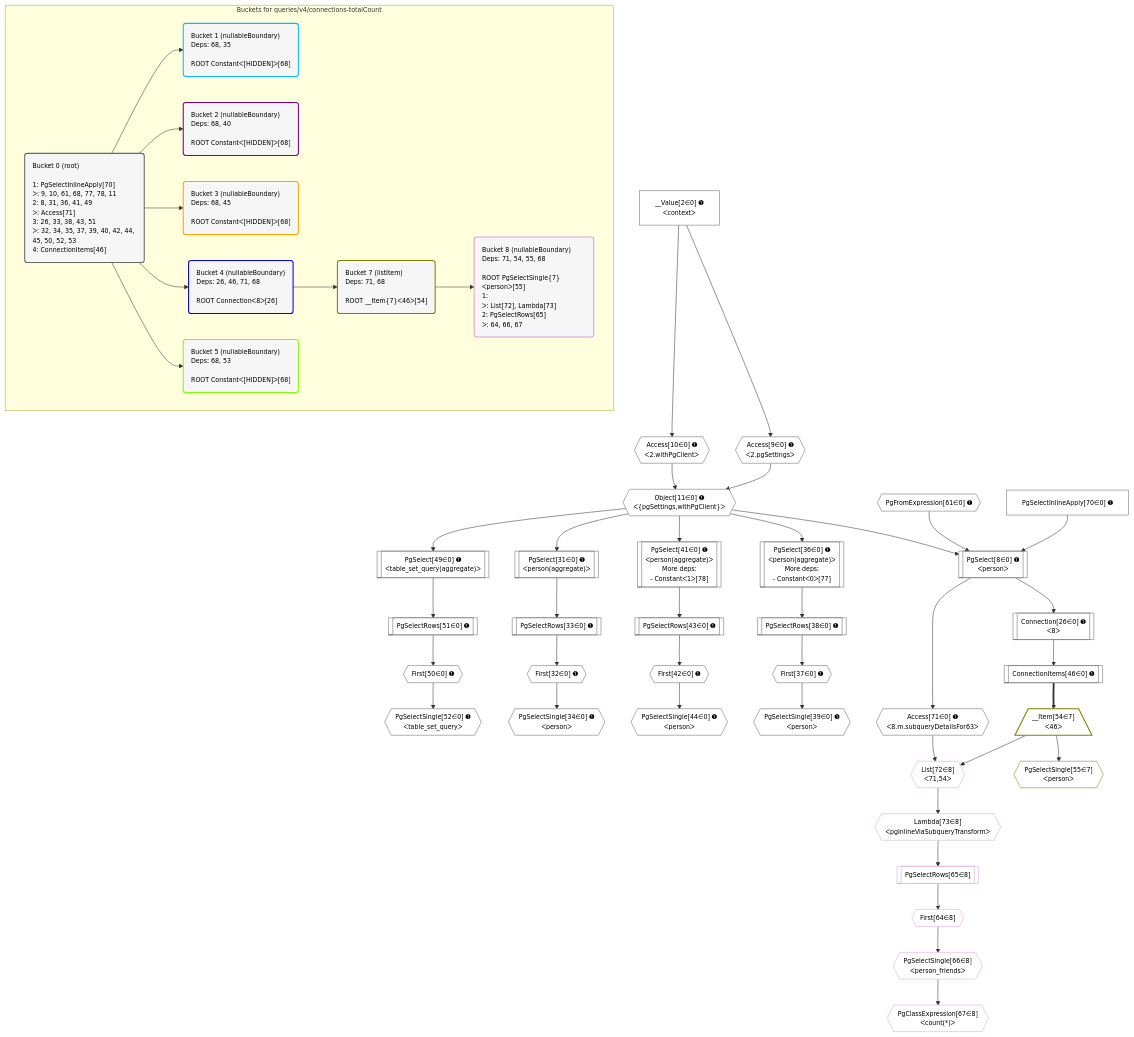
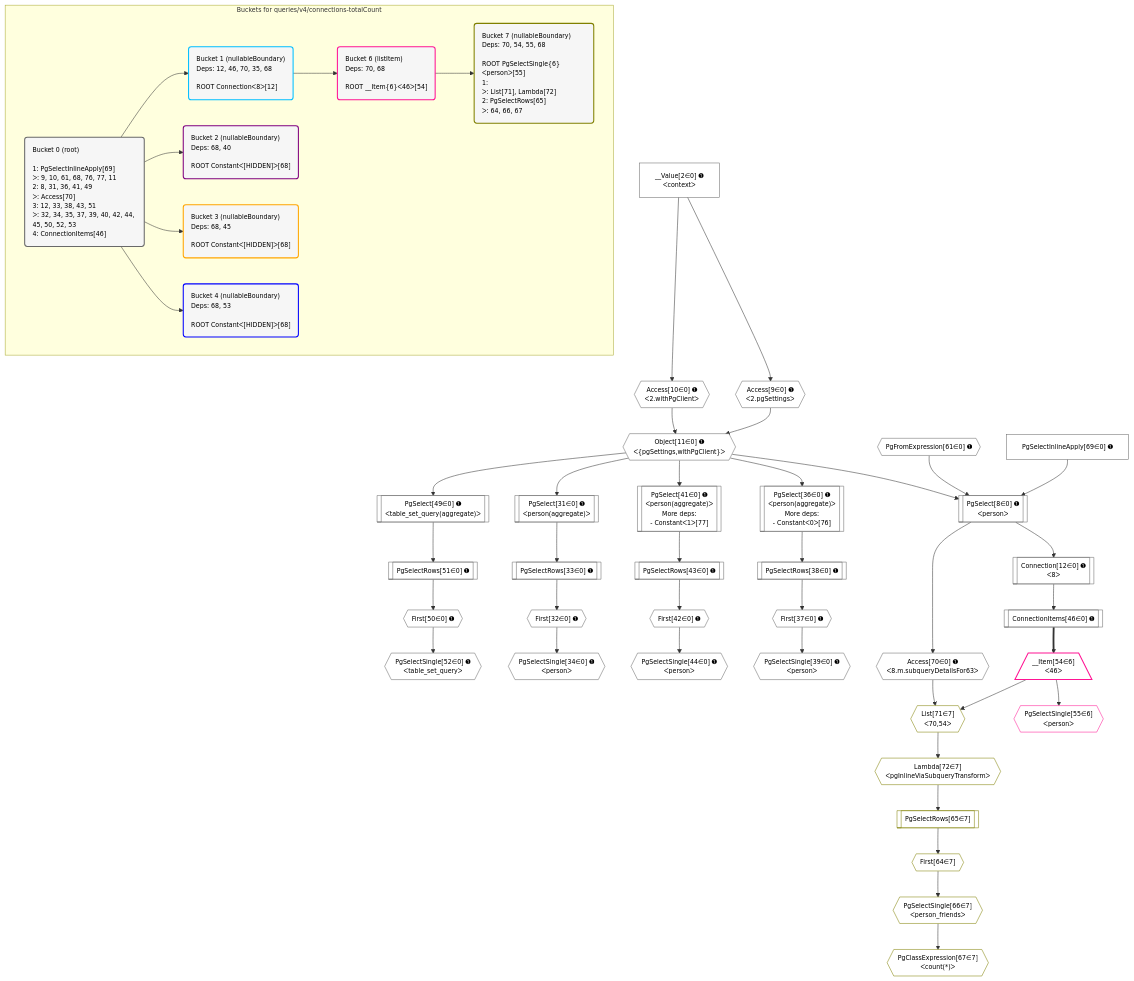
One commit to graphile/crystal changed the diagram in postgraphile/postgraphile/__tests__/queries/v4/connections-totalCount.mermaid. Above: the diagram before and after it, drawn with Mermaid. The commit also changed 6 other files, not shown here.

```diff
--- a/postgraphile/postgraphile/__tests__/queries/v4/connections-totalCount.mermaid
+++ b/postgraphile/postgraphile/__tests__/queries/v4/connections-totalCount.mermaid
@@ -1,107 +1,104 @@
 %%{init: {'themeVariables': { 'fontSize': '12px'}}}%%
 graph TD
     classDef path fill:#eee,stroke:#000,color:#000
     classDef plan fill:#fff,stroke-width:1px,color:#000
     classDef itemplan fill:#fff,stroke-width:2px,color:#000
     classDef unbatchedplan fill:#dff,stroke-width:1px,color:#000
     classDef sideeffectplan fill:#fcc,stroke-width:2px,color:#000
     classDef bucket fill:#f6f6f6,color:#000,stroke-width:2px,text-align:left
 
     subgraph "Buckets for queries/v4/connections-totalCount"
-    Bucket0("Bucket 0 (root)<br /><br />1: PgSelectInlineApply[70]<br />ᐳ: 9, 10, 61, 68, 77, 78, 11<br />2: 8, 31, 36, 41, 49<br />ᐳ: Access[71]<br />3: 26, 33, 38, 43, 51<br />ᐳ: 32, 34, 35, 37, 39, 40, 42, 44, 45, 50, 52, 53<br />4: ConnectionItems[46]"):::bucket
-    Bucket1("Bucket 1 (nullableBoundary)<br />Deps: 68, 35<br /><br />ROOT Constantᐸ[HIDDEN]ᐳ[68]"):::bucket
+    Bucket0("Bucket 0 (root)<br /><br />1: PgSelectInlineApply[69]<br />ᐳ: 9, 10, 61, 68, 76, 77, 11<br />2: 8, 31, 36, 41, 49<br />ᐳ: Access[70]<br />3: 12, 33, 38, 43, 51<br />ᐳ: 32, 34, 35, 37, 39, 40, 42, 44, 45, 50, 52, 53<br />4: ConnectionItems[46]"):::bucket
+    Bucket1("Bucket 1 (nullableBoundary)<br />Deps: 12, 46, 70, 35, 68<br /><br />ROOT Connectionᐸ8ᐳ[12]"):::bucket
     Bucket2("Bucket 2 (nullableBoundary)<br />Deps: 68, 40<br /><br />ROOT Constantᐸ[HIDDEN]ᐳ[68]"):::bucket
     Bucket3("Bucket 3 (nullableBoundary)<br />Deps: 68, 45<br /><br />ROOT Constantᐸ[HIDDEN]ᐳ[68]"):::bucket
-    Bucket4("Bucket 4 (nullableBoundary)<br />Deps: 26, 46, 71, 68<br /><br />ROOT Connectionᐸ8ᐳ[26]"):::bucket
-    Bucket5("Bucket 5 (nullableBoundary)<br />Deps: 68, 53<br /><br />ROOT Constantᐸ[HIDDEN]ᐳ[68]"):::bucket
-    Bucket7("Bucket 7 (listItem)<br />Deps: 71, 68<br /><br />ROOT __Item{7}ᐸ46ᐳ[54]"):::bucket
-    Bucket8("Bucket 8 (nullableBoundary)<br />Deps: 71, 54, 55, 68<br /><br />ROOT PgSelectSingle{7}ᐸpersonᐳ[55]<br />1: <br />ᐳ: List[72], Lambda[73]<br />2: PgSelectRows[65]<br />ᐳ: 64, 66, 67"):::bucket
+    Bucket4("Bucket 4 (nullableBoundary)<br />Deps: 68, 53<br /><br />ROOT Constantᐸ[HIDDEN]ᐳ[68]"):::bucket
+    Bucket6("Bucket 6 (listItem)<br />Deps: 70, 68<br /><br />ROOT __Item{6}ᐸ46ᐳ[54]"):::bucket
+    Bucket7("Bucket 7 (nullableBoundary)<br />Deps: 70, 54, 55, 68<br /><br />ROOT PgSelectSingle{6}ᐸpersonᐳ[55]<br />1: <br />ᐳ: List[71], Lambda[72]<br />2: PgSelectRows[65]<br />ᐳ: 64, 66, 67"):::bucket
     end
-    Bucket0 --> Bucket1 & Bucket2 & Bucket3 & Bucket4 & Bucket5
-    Bucket4 --> Bucket7
-    Bucket7 --> Bucket8
+    Bucket0 --> Bucket1 & Bucket2 & Bucket3 & Bucket4
+    Bucket1 --> Bucket6
+    Bucket6 --> Bucket7
 
     %% plan dependencies
     PgSelect8[["PgSelect[8∈0] ➊<br />ᐸpersonᐳ"]]:::plan
     Object11{{"Object[11∈0] ➊<br />ᐸ{pgSettings,withPgClient}ᐳ"}}:::plan
     PgFromExpression61{{"PgFromExpression[61∈0] ➊"}}:::plan
-    PgSelectInlineApply70["PgSelectInlineApply[70∈0] ➊"]:::plan
-    Object11 & PgFromExpression61 & PgSelectInlineApply70 --> PgSelect8
+    PgSelectInlineApply69["PgSelectInlineApply[69∈0] ➊"]:::plan
+    Object11 & PgFromExpression61 & PgSelectInlineApply69 --> PgSelect8
     Access9{{"Access[9∈0] ➊<br />ᐸ2.pgSettingsᐳ"}}:::plan
     Access10{{"Access[10∈0] ➊<br />ᐸ2.withPgClientᐳ"}}:::plan
     Access9 & Access10 --> Object11
-    PgSelect36[["PgSelect[36∈0] ➊<br />ᐸperson(aggregate)ᐳ<br />More deps:<br />- Constantᐸ0ᐳ[77]"]]:::plan
+    PgSelect36[["PgSelect[36∈0] ➊<br />ᐸperson(aggregate)ᐳ<br />More deps:<br />- Constantᐸ0ᐳ[76]"]]:::plan
     Object11 --> PgSelect36
-    PgSelect41[["PgSelect[41∈0] ➊<br />ᐸperson(aggregate)ᐳ<br />More deps:<br />- Constantᐸ1ᐳ[78]"]]:::plan
+    PgSelect41[["PgSelect[41∈0] ➊<br />ᐸperson(aggregate)ᐳ<br />More deps:<br />- Constantᐸ1ᐳ[77]"]]:::plan
     Object11 --> PgSelect41
     __Value2["__Value[2∈0] ➊<br />ᐸcontextᐳ"]:::plan
     __Value2 --> Access9
     __Value2 --> Access10
-    Connection26[["Connection[26∈0] ➊<br />ᐸ8ᐳ"]]:::plan
-    PgSelect8 --> Connection26
+    Connection12[["Connection[12∈0] ➊<br />ᐸ8ᐳ"]]:::plan
+    PgSelect8 --> Connection12
     PgSelect31[["PgSelect[31∈0] ➊<br />ᐸperson(aggregate)ᐳ"]]:::plan
     Object11 --> PgSelect31
     First32{{"First[32∈0] ➊"}}:::plan
     PgSelectRows33[["PgSelectRows[33∈0] ➊"]]:::plan
     PgSelectRows33 --> First32
     PgSelect31 --> PgSelectRows33
     PgSelectSingle34{{"PgSelectSingle[34∈0] ➊<br />ᐸpersonᐳ"}}:::plan
     First32 --> PgSelectSingle34
     First37{{"First[37∈0] ➊"}}:::plan
     PgSelectRows38[["PgSelectRows[38∈0] ➊"]]:::plan
     PgSelectRows38 --> First37
     PgSelect36 --> PgSelectRows38
     PgSelectSingle39{{"PgSelectSingle[39∈0] ➊<br />ᐸpersonᐳ"}}:::plan
     First37 --> PgSelectSingle39
     First42{{"First[42∈0] ➊"}}:::plan
     PgSelectRows43[["PgSelectRows[43∈0] ➊"]]:::plan
     PgSelectRows43 --> First42
     PgSelect41 --> PgSelectRows43
     PgSelectSingle44{{"PgSelectSingle[44∈0] ➊<br />ᐸpersonᐳ"}}:::plan
     First42 --> PgSelectSingle44
     ConnectionItems46[["ConnectionItems[46∈0] ➊"]]:::plan
-    Connection26 --> ConnectionItems46
+    Connection12 --> ConnectionItems46
     PgSelect49[["PgSelect[49∈0] ➊<br />ᐸtable_set_query(aggregate)ᐳ"]]:::plan
     Object11 --> PgSelect49
     First50{{"First[50∈0] ➊"}}:::plan
     PgSelectRows51[["PgSelectRows[51∈0] ➊"]]:::plan
     PgSelectRows51 --> First50
     PgSelect49 --> PgSelectRows51
     PgSelectSingle52{{"PgSelectSingle[52∈0] ➊<br />ᐸtable_set_queryᐳ"}}:::plan
     First50 --> PgSelectSingle52
-    Access71{{"Access[71∈0] ➊<br />ᐸ8.m.subqueryDetailsFor63ᐳ"}}:::plan
-    PgSelect8 --> Access71
-    __Item54[/"__Item[54∈7]<br />ᐸ46ᐳ"\]:::itemplan
+    Access70{{"Access[70∈0] ➊<br />ᐸ8.m.subqueryDetailsFor63ᐳ"}}:::plan
+    PgSelect8 --> Access70
+    __Item54[/"__Item[54∈6]<br />ᐸ46ᐳ"\]:::itemplan
     ConnectionItems46 ==> __Item54
-    PgSelectSingle55{{"PgSelectSingle[55∈7]<br />ᐸpersonᐳ"}}:::plan
+    PgSelectSingle55{{"PgSelectSingle[55∈6]<br />ᐸpersonᐳ"}}:::plan
     __Item54 --> PgSelectSingle55
-    List72{{"List[72∈8]<br />ᐸ71,54ᐳ"}}:::plan
-    Access71 & __Item54 --> List72
-    First64{{"First[64∈8]"}}:::plan
-    PgSelectRows65[["PgSelectRows[65∈8]"]]:::plan
+    List71{{"List[71∈7]<br />ᐸ70,54ᐳ"}}:::plan
+    Access70 & __Item54 --> List71
+    First64{{"First[64∈7]"}}:::plan
+    PgSelectRows65[["PgSelectRows[65∈7]"]]:::plan
     PgSelectRows65 --> First64
-    Lambda73{{"Lambda[73∈8]<br />ᐸpgInlineViaSubqueryTransformᐳ"}}:::plan
-    Lambda73 --> PgSelectRows65
-    PgSelectSingle66{{"PgSelectSingle[66∈8]<br />ᐸperson_friendsᐳ"}}:::plan
+    Lambda72{{"Lambda[72∈7]<br />ᐸpgInlineViaSubqueryTransformᐳ"}}:::plan
+    Lambda72 --> PgSelectRows65
+    PgSelectSingle66{{"PgSelectSingle[66∈7]<br />ᐸperson_friendsᐳ"}}:::plan
     First64 --> PgSelectSingle66
-    PgClassExpression67{{"PgClassExpression[67∈8]<br />ᐸcount(*)ᐳ"}}:::plan
+    PgClassExpression67{{"PgClassExpression[67∈7]<br />ᐸcount(*)ᐳ"}}:::plan
     PgSelectSingle66 --> PgClassExpression67
-    List72 --> Lambda73
+    List71 --> Lambda72
 
     %% define steps
     classDef bucket0 stroke:#696969
-    class Bucket0,__Value2,PgSelect8,Access9,Access10,Object11,Connection26,PgSelect31,First32,PgSelectRows33,PgSelectSingle34,PgSelect36,First37,PgSelectRows38,PgSelectSingle39,PgSelect41,First42,PgSelectRows43,PgSelectSingle44,ConnectionItems46,PgSelect49,First50,PgSelectRows51,PgSelectSingle52,PgFromExpression61,PgSelectInlineApply70,Access71 bucket0
+    class Bucket0,__Value2,PgSelect8,Access9,Access10,Object11,Connection12,PgSelect31,First32,PgSelectRows33,PgSelectSingle34,PgSelect36,First37,PgSelectRows38,PgSelectSingle39,PgSelect41,First42,PgSelectRows43,PgSelectSingle44,ConnectionItems46,PgSelect49,First50,PgSelectRows51,PgSelectSingle52,PgFromExpression61,PgSelectInlineApply69,Access70 bucket0
     classDef bucket1 stroke:#00bfff
     class Bucket1 bucket1
     classDef bucket2 stroke:#7f007f
     class Bucket2 bucket2
     classDef bucket3 stroke:#ffa500
     class Bucket3 bucket3
     classDef bucket4 stroke:#0000ff
     class Bucket4 bucket4
-    classDef bucket5 stroke:#7fff00
-    class Bucket5 bucket5
+    classDef bucket6 stroke:#ff1493
+    class Bucket6,__Item54,PgSelectSingle55 bucket6
     classDef bucket7 stroke:#808000
-    class Bucket7,__Item54,PgSelectSingle55 bucket7
-    classDef bucket8 stroke:#dda0dd
-    class Bucket8,First64,PgSelectRows65,PgSelectSingle66,PgClassExpression67,List72,Lambda73 bucket8
+    class Bucket7,First64,PgSelectRows65,PgSelectSingle66,PgClassExpression67,List71,Lambda72 bucket7
```
